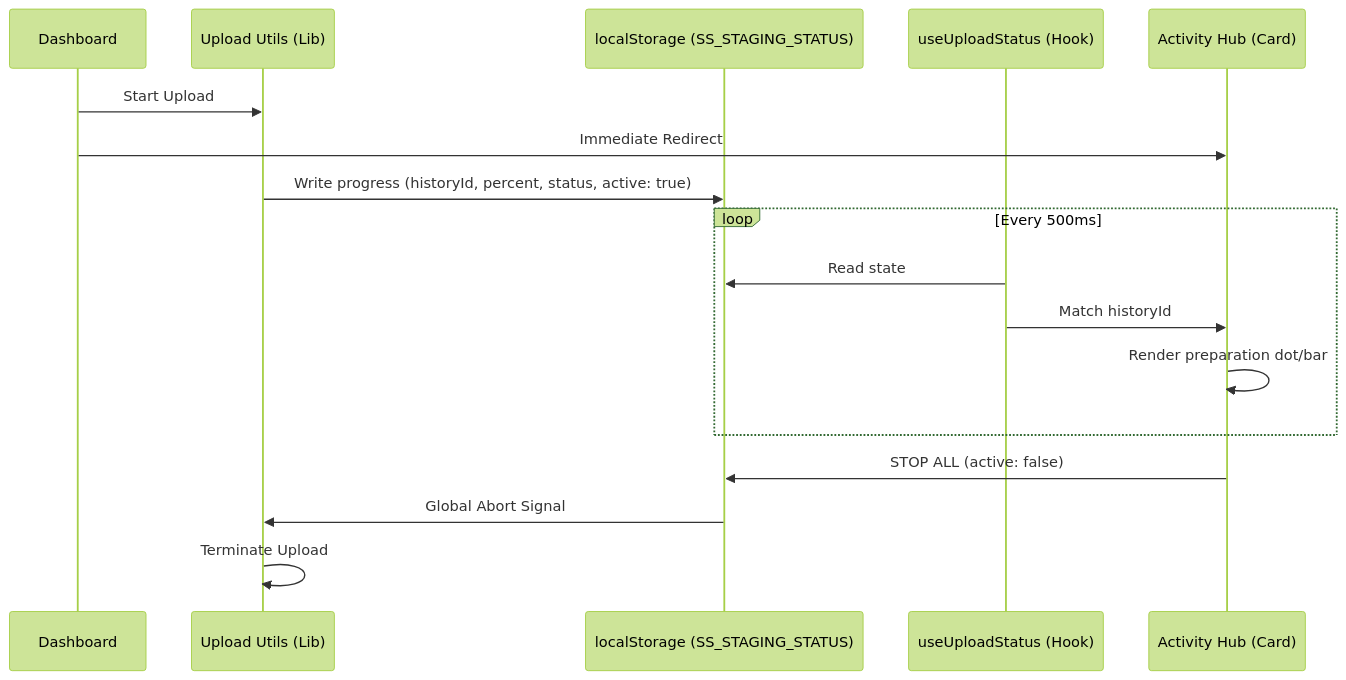
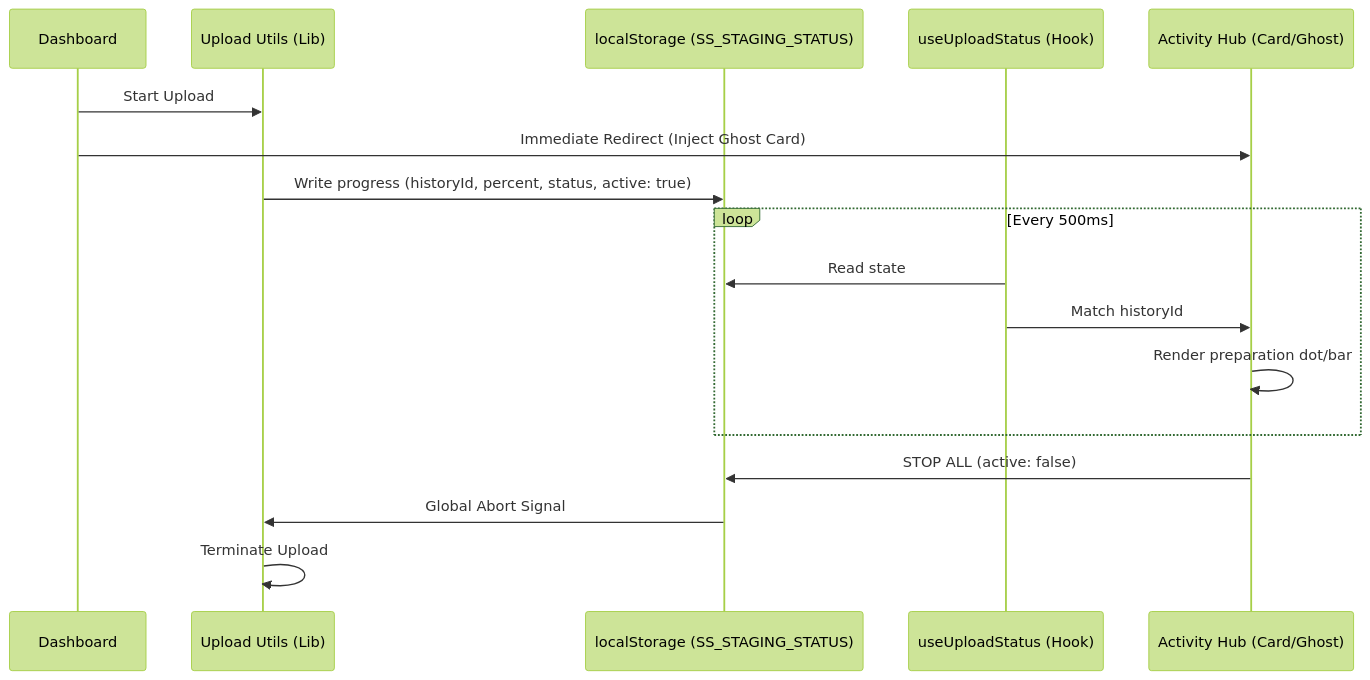
The diagram in docs/features/UPLOAD_VISIBILITY.md (thoufeeque22/social-studio-app), drawn with Mermaid (forest theme) before and after one commit. The commit also changed other lines of this file and 1 other file, not shown here.

Commit message:
docs: update upload visibility architecture and manual tests for ticket #425

````diff
--- a/docs/features/UPLOAD_VISIBILITY.md
+++ b/docs/features/UPLOAD_VISIBILITY.md
@@ -11,20 +11,20 @@
 ```mermaid
 sequenceDiagram
     participant D as Dashboard
     participant U as Upload Utils (Lib)
     participant LS as localStorage (SS_STAGING_STATUS)
     participant H as useUploadStatus (Hook)
-    participant AC as Activity Hub (Card)
+    participant AC as Activity Hub (Card/Ghost)
 
     D->>U: Start Upload
-    D->>AC: Immediate Redirect
+    D->>AC: Immediate Redirect (Inject Ghost Card)
     U->>LS: Write progress (historyId, percent, status, active: true)
     loop Every 500ms
         H->>LS: Read state
         H->>AC: Match historyId
         AC->>AC: Render preparation dot/bar
     end
     AC->>LS: STOP ALL (active: false)
     LS->>U: Global Abort Signal
     U->>U: Terminate Upload
 ```
````
